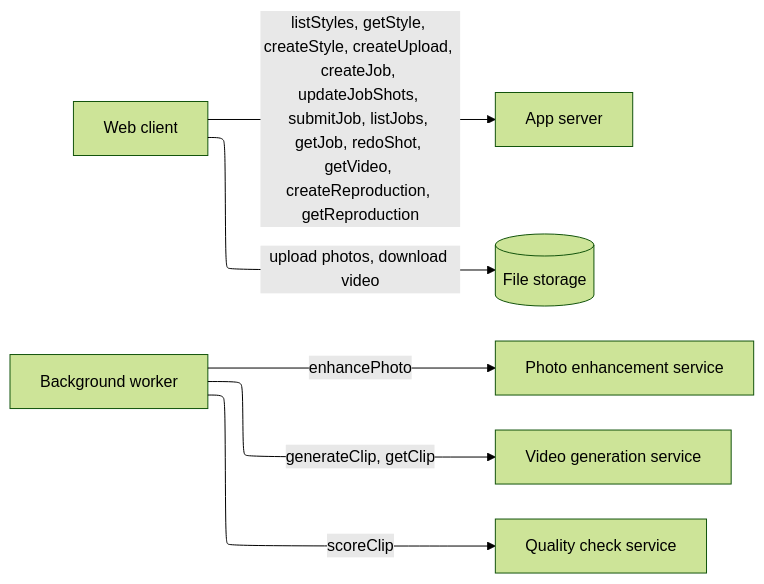
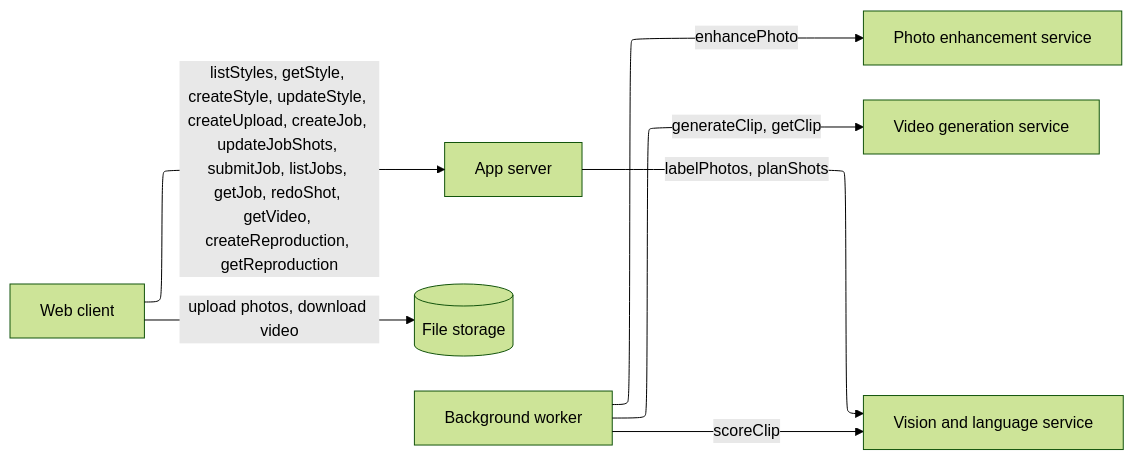
The third of 3 diagrams in docs/HIGH_LEVEL_DESIGN.md (ThinkBuildMake/autohdr-photo-to-video), drawn with Mermaid (forest theme) before and after one commit. The commit also changed other lines of this file and 5 other files, not shown here.

````diff
--- a/docs/HIGH_LEVEL_DESIGN.md
+++ b/docs/HIGH_LEVEL_DESIGN.md
@@ -112,12 +110,13 @@
 ```mermaid
 ---
 config:
   layout: elk
 ---
 flowchart LR
-  client[Web client] -->|listStyles, getStyle, createStyle, createUpload, createJob, updateJobShots, submitJob, listJobs, getJob, redoShot, getVideo, createReproduction, getReproduction| app[App server]
+  client[Web client] -->|listStyles, getStyle, createStyle, updateStyle, createUpload, createJob, updateJobShots, submitJob, listJobs, getJob, redoShot, getVideo, createReproduction, getReproduction| app[App server]
   client -->|upload photos, download video| files[(File storage)]
   worker[Background worker] -->|enhancePhoto| img[Photo enhancement service]
   worker -->|generateClip, getClip| vid[Video generation service]
-  worker -->|scoreClip| qc[Quality check service]
+  worker -->|scoreClip| qc[Vision and language service]
+  app -->|labelPhotos, planShots| qc
 ```
````
